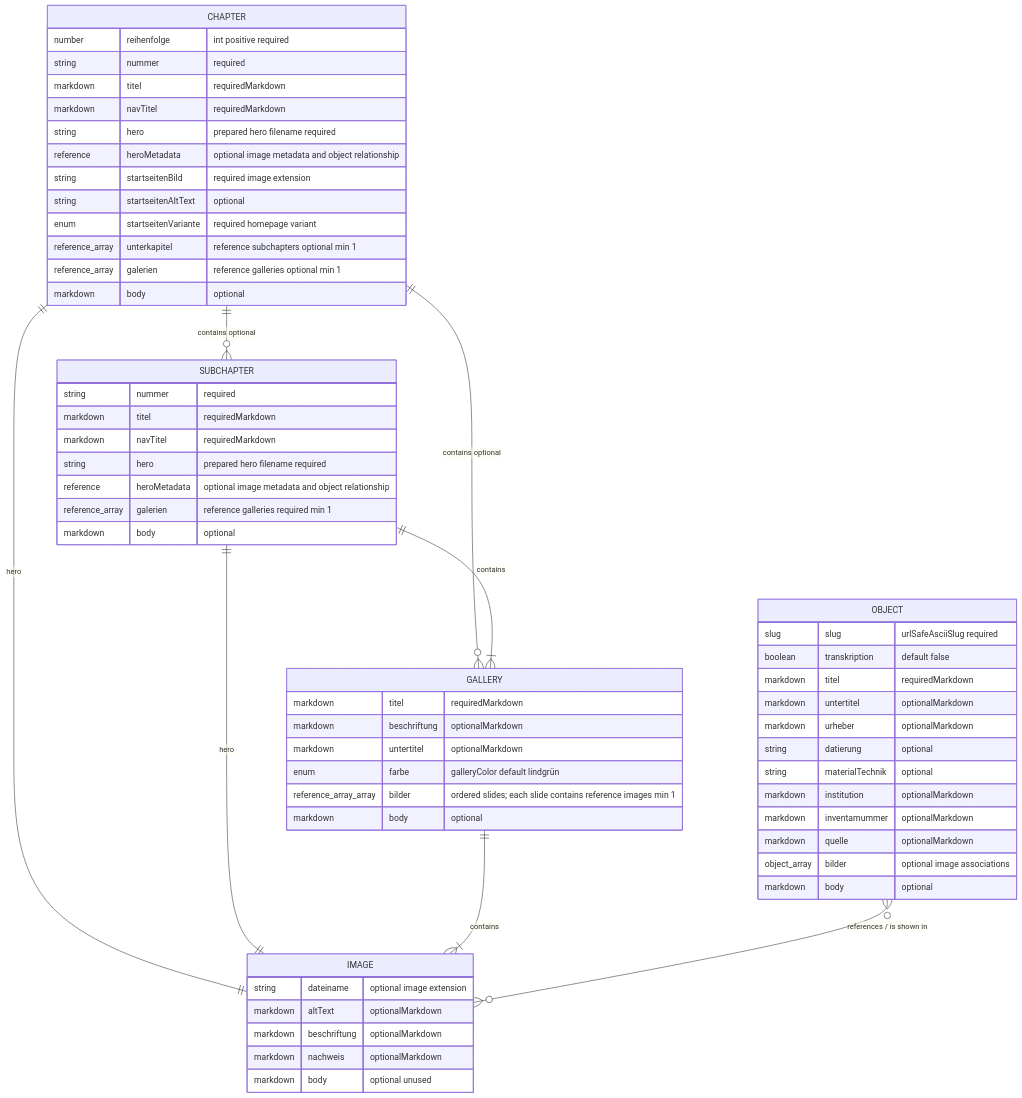
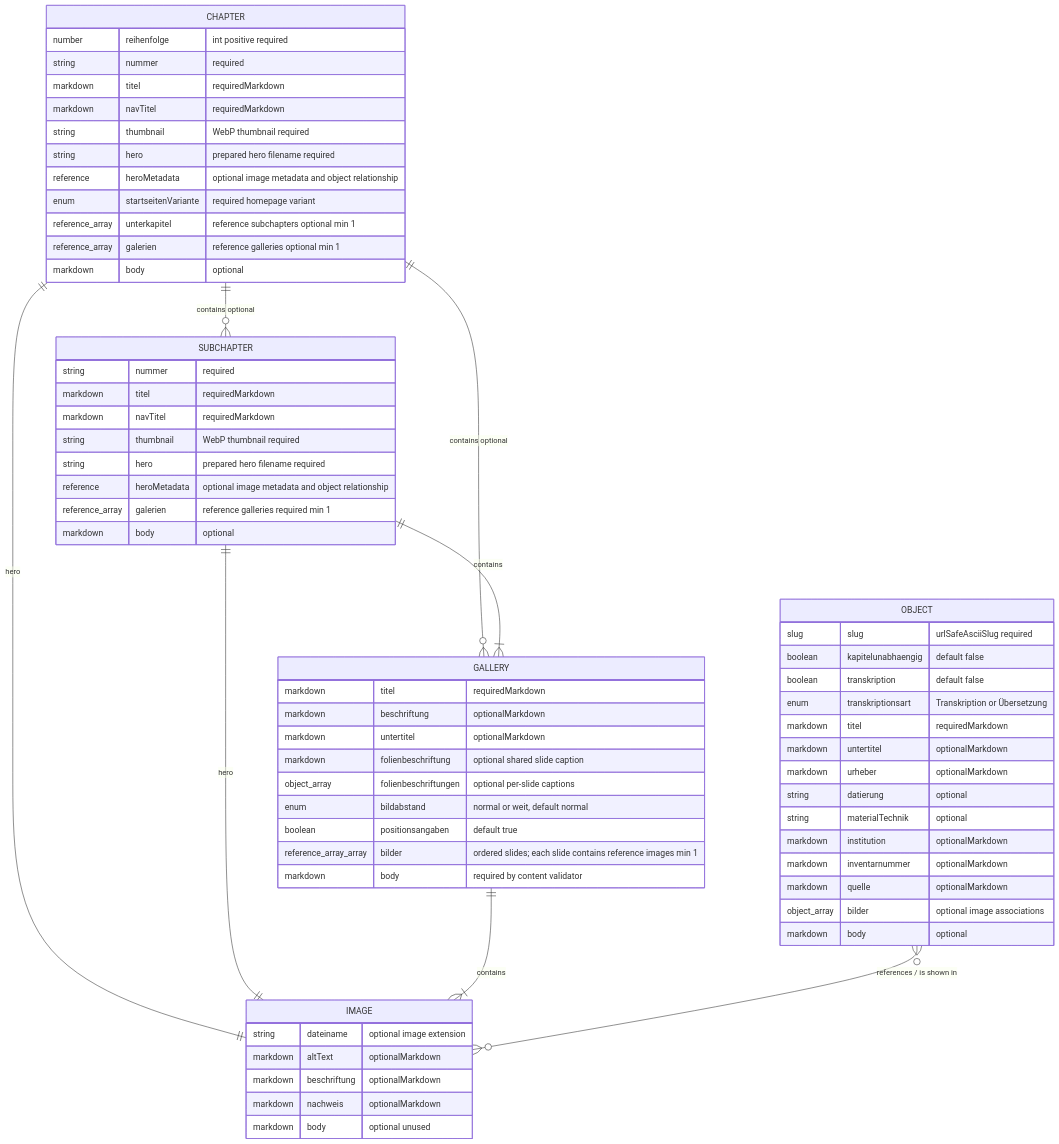
Before and after one commit to Theodor-Springmann-Stiftung/hebel-ausstellung: the diagram in docs/content-model.md, drawn with Mermaid. The commit also changed other lines of this file and 2 other files, not shown here.

````diff
--- a/docs/content-model.md
+++ b/docs/content-model.md
@@ -311,67 +325,72 @@
 ```mermaid
 erDiagram
   CHAPTER ||--o{ SUBCHAPTER : "contains optional"
   CHAPTER ||--o{ GALLERY : "contains optional"
   CHAPTER ||--|| IMAGE : "hero"
   SUBCHAPTER ||--|{ GALLERY : "contains"
   SUBCHAPTER ||--|| IMAGE : "hero"
   GALLERY ||--|{ IMAGE : "contains"
   OBJECT }o--o{ IMAGE : "references / is shown in"
 
   CHAPTER {
     number reihenfolge "int positive required"
     string nummer "required"
     markdown titel "requiredMarkdown"
     markdown navTitel "requiredMarkdown"
+    string thumbnail "WebP thumbnail required"
     string hero "prepared hero filename required"
     reference heroMetadata "optional image metadata and object relationship"
-    string startseitenBild "required image extension"
-    string startseitenAltText "optional"
     enum startseitenVariante "required homepage variant"
     reference_array unterkapitel "reference subchapters optional min 1"
     reference_array galerien "reference galleries optional min 1"
     markdown body "optional"
   }
 
   SUBCHAPTER {
     string nummer "required"
     markdown titel "requiredMarkdown"
     markdown navTitel "requiredMarkdown"
+    string thumbnail "WebP thumbnail required"
     string hero "prepared hero filename required"
     reference heroMetadata "optional image metadata and object relationship"
     reference_array galerien "reference galleries required min 1"
     markdown body "optional"
   }
 
   GALLERY {
     markdown titel "requiredMarkdown"
     markdown beschriftung "optionalMarkdown"
     markdown untertitel "optionalMarkdown"
-    enum farbe "galleryColor default lindgrün"
+    markdown folienbeschriftung "optional shared slide caption"
+    object_array folienbeschriftungen "optional per-slide captions"
+    enum bildabstand "normal or weit, default normal"
+    boolean positionsangaben "default true"
     reference_array_array bilder "ordered slides; each slide contains reference images min 1"
-    markdown body "optional"
+    markdown body "required by content validator"
   }
 
   IMAGE {
     string dateiname "optional image extension"
     markdown altText "optionalMarkdown"
     markdown beschriftung "optionalMarkdown"
     markdown nachweis "optionalMarkdown"
     markdown body "optional unused"
   }
 
   OBJECT {
     slug slug "urlSafeAsciiSlug required"
+    boolean kapitelunabhaengig "default false"
     boolean transkription "default false"
+    enum transkriptionsart "Transkription or Übersetzung"
     markdown titel "requiredMarkdown"
     markdown untertitel "optionalMarkdown"
     markdown urheber "optionalMarkdown"
     string datierung "optional"
     string materialTechnik "optional"
     markdown institution "optionalMarkdown"
     markdown inventarnummer "optionalMarkdown"
     markdown quelle "optionalMarkdown"
     object_array bilder "optional image associations"
     markdown body "optional"
   }
 ```
````
